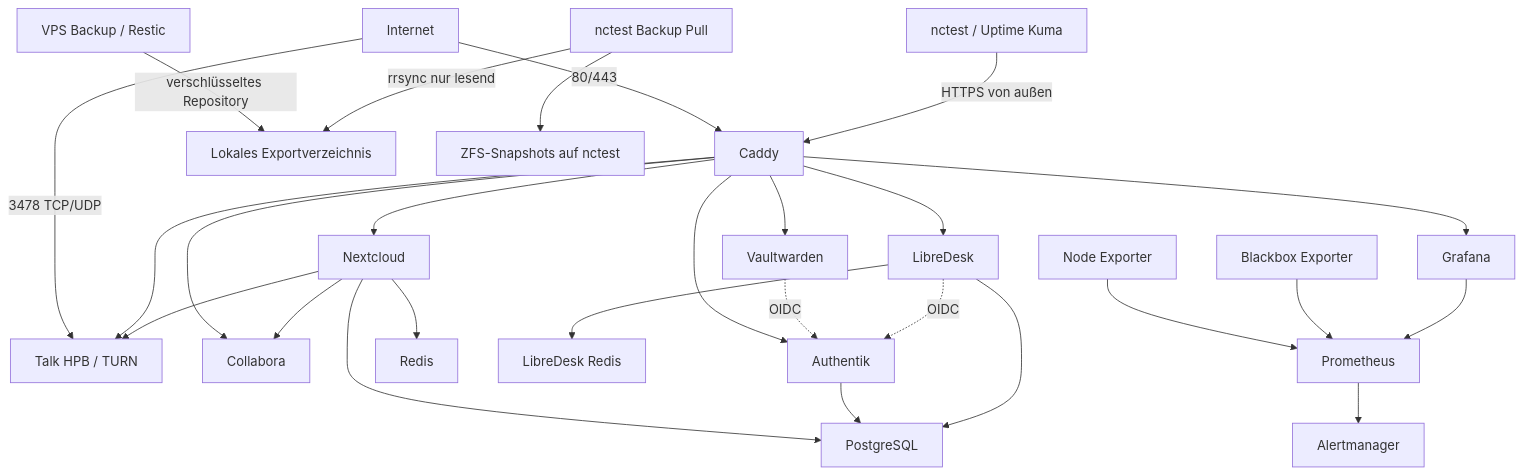
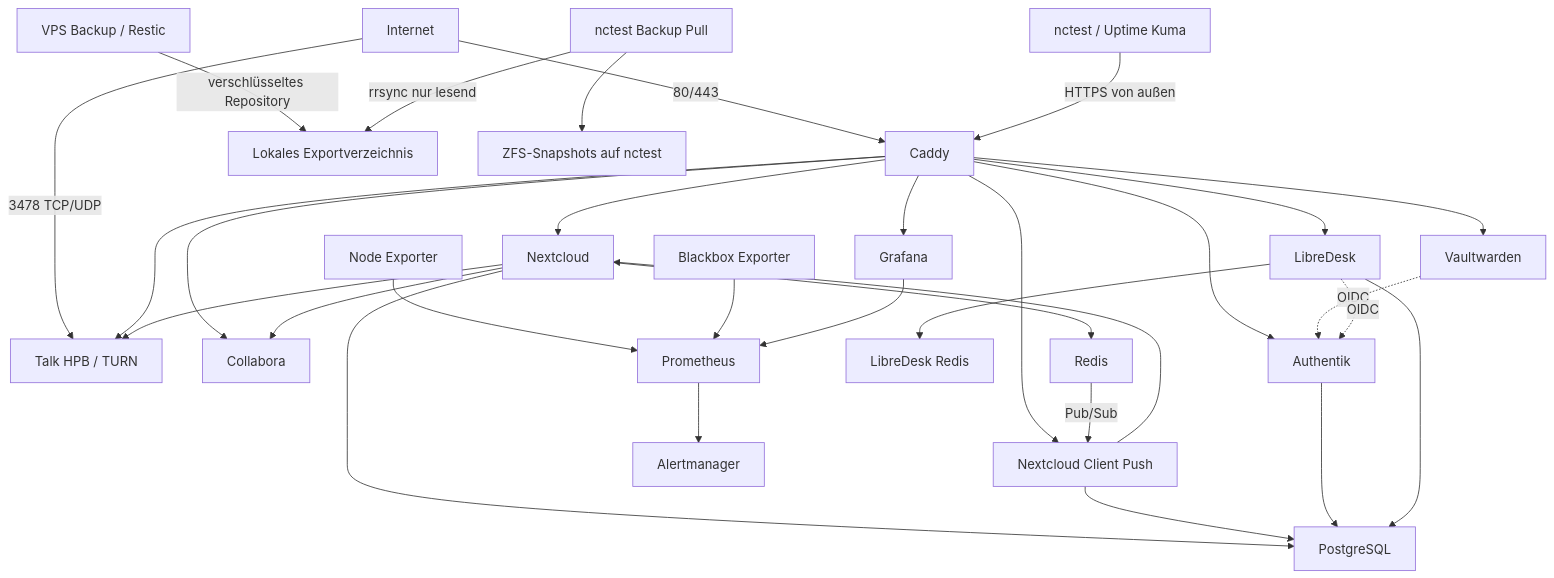
One commit to zircula-ev/infrastructure changed the diagram in docs/03-architecture.md. Above: the diagram before and after it, drawn with Mermaid. The commit also changed other lines of this file and 7 other files, not shown here.

Commit message:
feat(nextcloud): add client push service

````diff
--- a/docs/03-architecture.md
+++ b/docs/03-architecture.md
@@ -5,33 +5,37 @@
 ```mermaid
 flowchart TD
     Internet -->|80/443| Caddy
     Internet -->|3478 TCP/UDP| TalkHPB[Talk HPB / TURN]
     nctest[nctest / Uptime Kuma] -->|HTTPS von außen| Caddy
 
     Caddy --> Nextcloud
+    Caddy --> NotifyPush[Nextcloud Client Push]
     Caddy --> Collabora
     Caddy --> Authentik
     Caddy --> Grafana
     Caddy --> Vaultwarden
     Caddy --> LibreDesk
     Caddy --> TalkHPB
 
     Nextcloud --> PostgreSQL
     Nextcloud --> Redis
+    Redis -->|Pub/Sub| NotifyPush
+    NotifyPush --> PostgreSQL
+    NotifyPush --> Nextcloud
     Nextcloud --> Collabora
     Nextcloud --> TalkHPB
     Authentik --> PostgreSQL
     LibreDesk --> PostgreSQL
     LibreDesk --> LibreDeskRedis[LibreDesk Redis]
     Vaultwarden -.->|OIDC| Authentik
     LibreDesk -.->|OIDC| Authentik
 
     NodeExporter[Node Exporter] --> Prometheus
     BlackboxExporter[Blackbox Exporter] --> Prometheus
     Prometheus --> Alertmanager
     Grafana --> Prometheus
 
     VPSBackup[VPS Backup / Restic] -->|verschlüsseltes Repository| VPSExport[Lokales Exportverzeichnis]
     nctestBackup[nctest Backup Pull] -->|rrsync nur lesend| VPSExport
     nctestBackup --> ZFSSnapshots[ZFS-Snapshots auf nctest]
 ```
````
